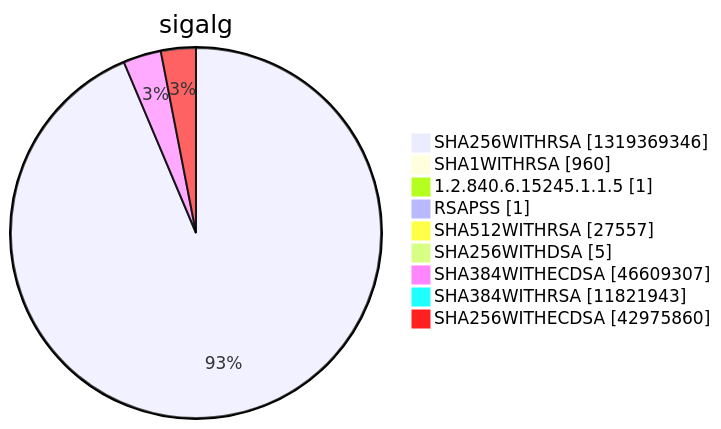
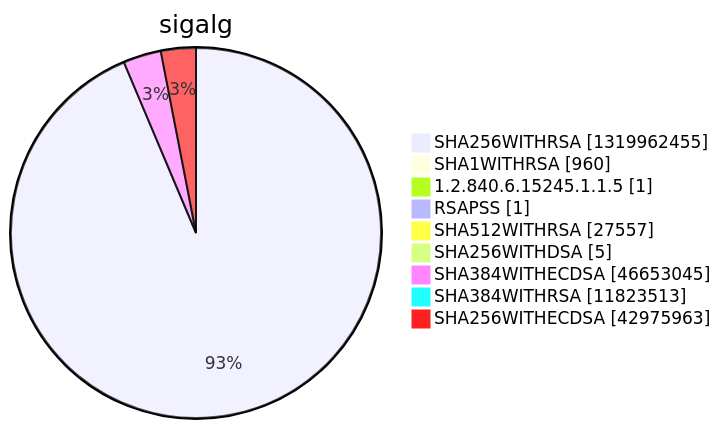
Before and after one commit to christiankrug/ctmonitor_visualization: diagram 15 of 15 in argon2022/README.md, drawn with Mermaid. The commit also changed other lines of this file, not shown here.

````diff
--- a/argon2022/README.md
+++ b/argon2022/README.md
@@ -5524,13 +5524,13 @@
 ```mermaid
 pie showData
 title sigalg
-"SHA256WITHRSA" :1319369346
+"SHA256WITHRSA" :1319962455
 "SHA1WITHRSA" :960
 "1.2.840.6.15245.1.1.5" :1
 "RSAPSS" :1
 "SHA512WITHRSA" :27557
 "SHA256WITHDSA" :5
-"SHA384WITHECDSA" :46609307
-"SHA384WITHRSA" :11821943
-"SHA256WITHECDSA" :42975860
+"SHA384WITHECDSA" :46653045
+"SHA384WITHRSA" :11823513
+"SHA256WITHECDSA" :42975963
 ```
````
